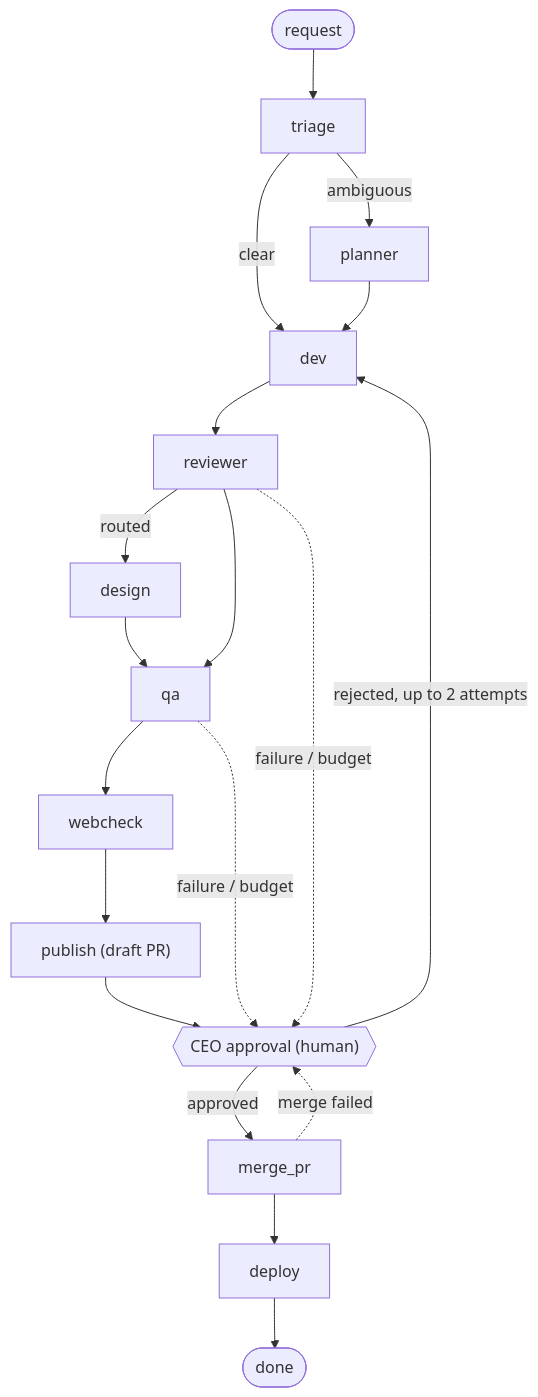
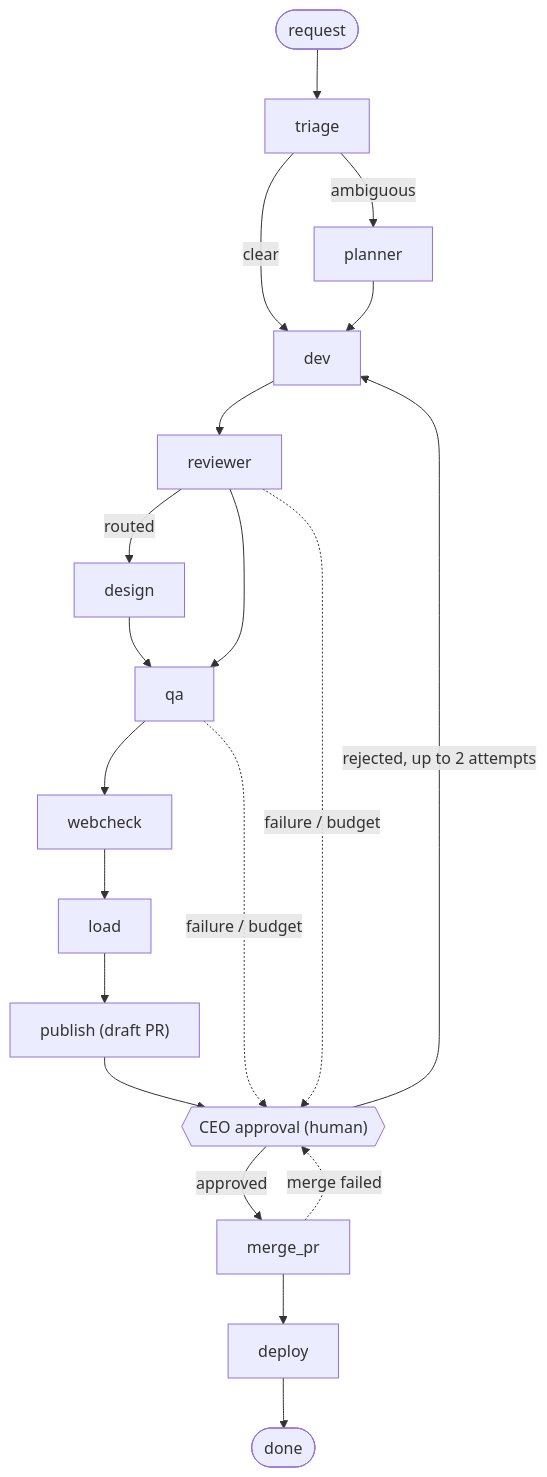
Before and after one commit to venturelli-91/agent-softhouse-orchestrator: the diagram in README.md, drawn with Mermaid. The commit also changed 2 other files, not shown here.

Commit message:
docs(load): documentar a etapa load e o bloco de config

````diff
--- a/README.md
+++ b/README.md
@@ -17,21 +17,22 @@
 ```mermaid
 flowchart TD
     S([request]) --> triage
     triage -->|clear| dev
     triage -->|ambiguous| planner
     planner --> dev
     dev --> reviewer
     reviewer -->|routed| design
     reviewer --> qa
     design --> qa
     qa --> webcheck
-    webcheck --> publish["publish (draft PR)"]
+    webcheck --> load
+    load --> publish["publish (draft PR)"]
     publish --> gate{{"CEO approval (human)"}}
     reviewer -.->|failure / budget| gate
     qa -.->|failure / budget| gate
     gate -->|rejected, up to 2 attempts| dev
     gate -->|approved| merge_pr
     merge_pr --> deploy
     deploy --> E([done])
     merge_pr -.->|merge failed| gate
 ```
````
